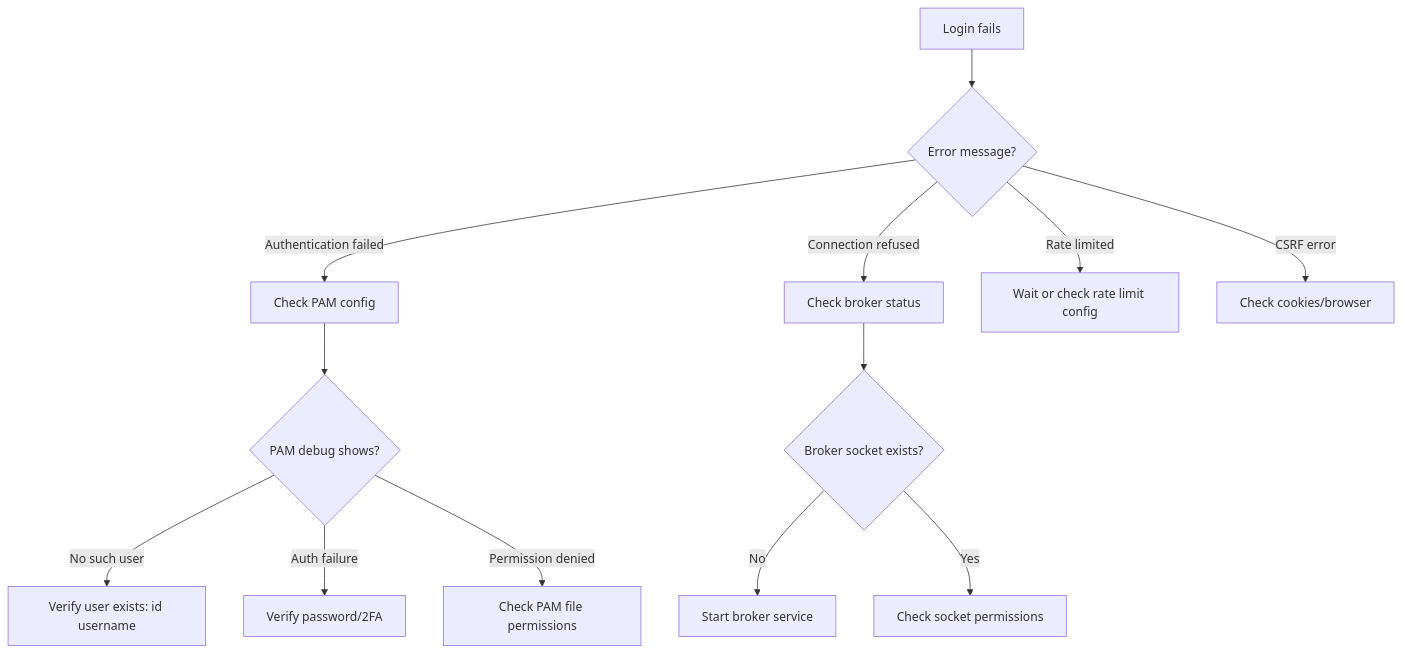
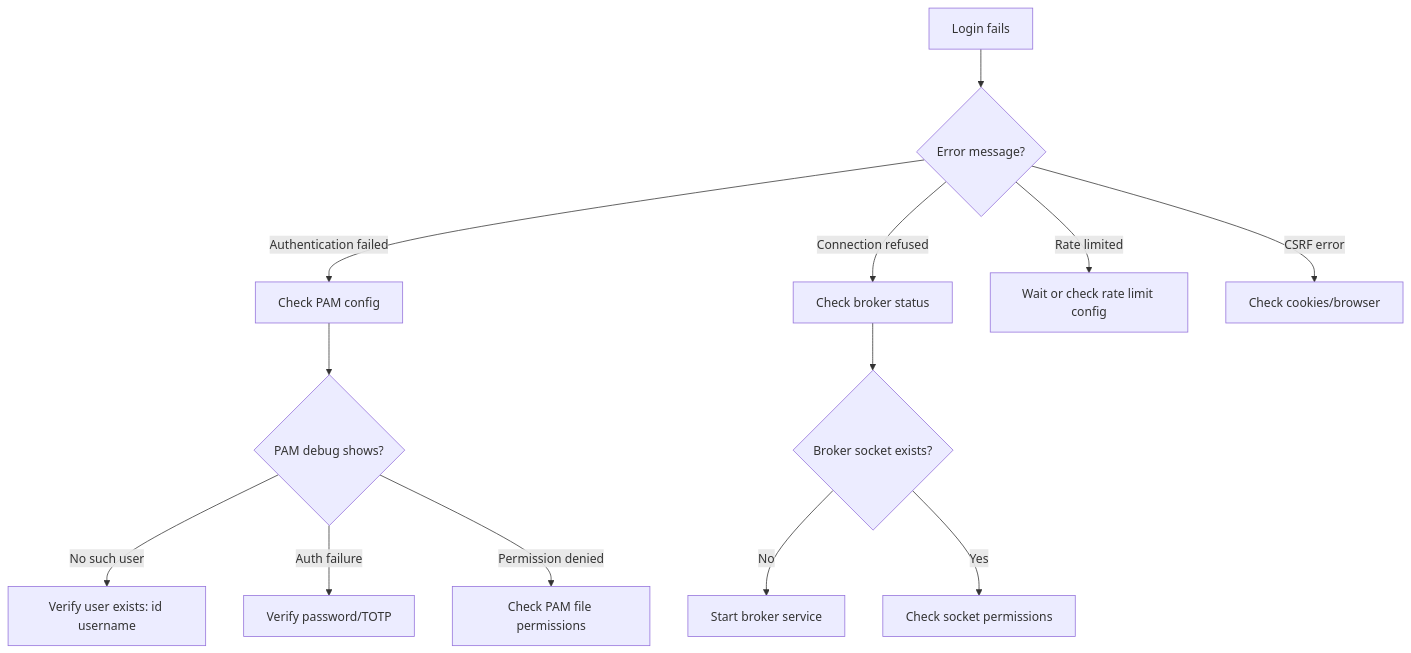
One commit to pRizz/opencode changed the first of 3 diagrams in .planning/phases/11-documentation/11-03-PLAN.md. Above: the diagram before and after it, drawn with Mermaid. The commit also changed other lines of this file and 9 other files, not shown here.

Commit message:
docs(planning): standardize phase 11 auth wording to totp

````diff
--- a/.planning/phases/11-documentation/11-03-PLAN.md
+++ b/.planning/phases/11-documentation/11-03-PLAN.md
@@ -64,15 +64,15 @@
 ```mermaid
 flowchart TD
     A[Login fails] --> B{Error message?}
     B -->|"Authentication failed"| C[Check PAM config]
     B -->|"Connection refused"| D[Check broker status]
     B -->|"Rate limited"| E[Wait or check rate limit config]
     B -->|"CSRF error"| F[Check cookies/browser]
     C --> G{PAM debug shows?}
     G -->|"No such user"| H[Verify user exists: id username]
-    G -->|"Auth failure"| I[Verify password/2FA]
+    G -->|"Auth failure"| I[Verify password/TOTP]
     G -->|"Permission denied"| J[Check PAM file permissions]
     D --> K{Broker socket exists?}
     K -->|No| L[Start broker service]
     K -->|Yes| M[Check socket permissions]
 ```
````
